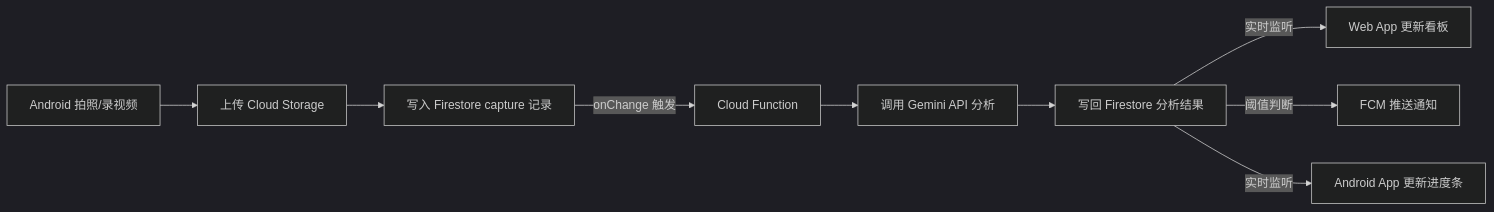
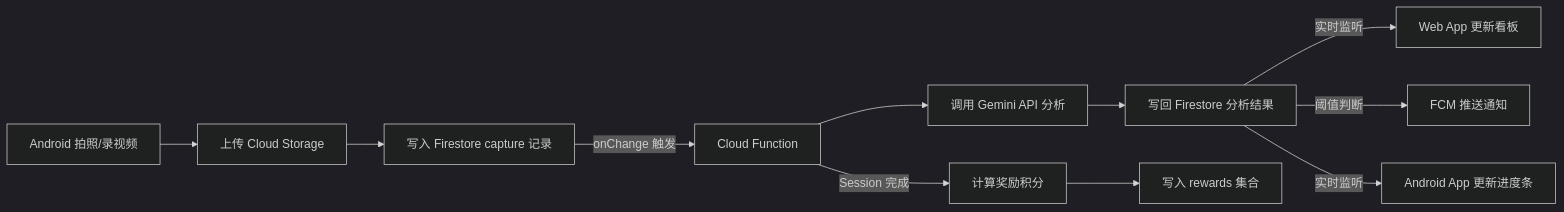
The second of 3 diagrams in technical_design.md (stand8one/mobhomework), drawn with Mermaid (dark theme) before and after one commit. The commit also changed other lines of this file and 42 other files, not shown here.

````diff
--- a/technical_design.md
+++ b/technical_design.md
@@ -52,11 +53,13 @@
 ```mermaid
 flowchart LR
     A["Android 拍照/录视频"] --> B["上传 Cloud Storage"]
     B --> C["写入 Firestore capture 记录"]
     C -->|"onChange 触发"| D["Cloud Function"]
     D --> E["调用 Gemini API 分析"]
     E --> F["写回 Firestore 分析结果"]
     F -->|实时监听| G["Web App 更新看板"]
     F -->|阈值判断| H["FCM 推送通知"]
     F -->|实时监听| I["Android App 更新进度条"]
+    D -->|Session 完成| J["计算奖励积分"]
+    J --> K["写入 rewards 集合"]
 ```
````
